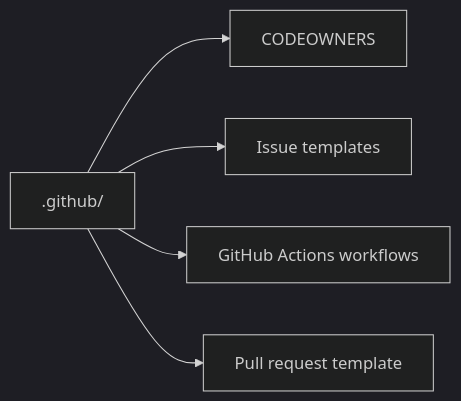
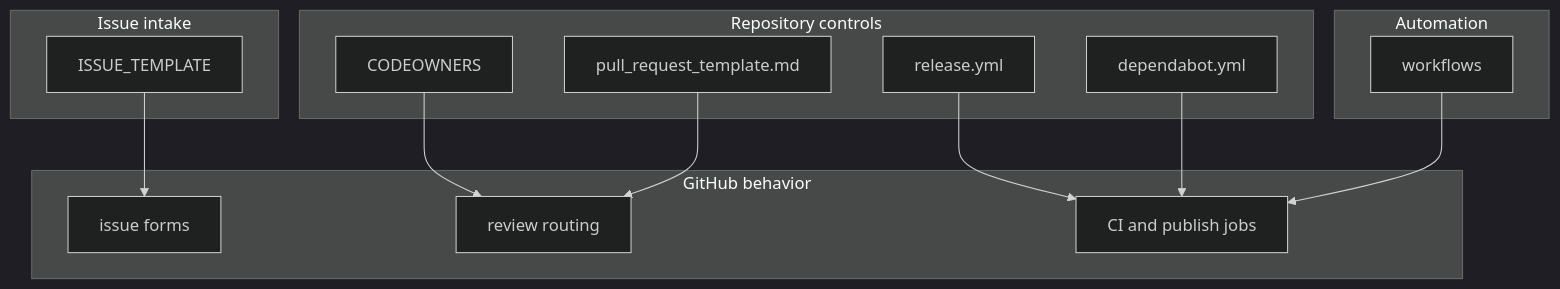
The diagram in .github/OVERVIEW.md (sanger-pathogens/dlh-in-a-box-umbrella-helm-chart), drawn with Mermaid (dark theme) before and after one commit. The commit also changed other lines of this file and 34 other files, not shown here.

Commit message:
docs: expand repo guides and add umbrella chart manual

````diff
--- a/.github/OVERVIEW.md
+++ b/.github/OVERVIEW.md
@@ -7,7 +16,30 @@
 ```mermaid
-flowchart LR
-  GitHubFolder[.github/] --> Owners[CODEOWNERS]
-  GitHubFolder --> Issues[Issue templates]
-  GitHubFolder --> Workflows[GitHub Actions workflows]
-  GitHubFolder --> PRTemplate[Pull request template]
+flowchart TD
+  subgraph Controls["Repository controls"]
+    Owners[CODEOWNERS]
+    PullRequest[pull_request_template.md]
+    Release[release.yml]
+    Dependabot[dependabot.yml]
+  end
+
+  subgraph Intake["Issue intake"]
+    IssueTemplates[ISSUE_TEMPLATE]
+  end
+
+  subgraph Automation["Automation"]
+    Workflows[workflows]
+  end
+
+  subgraph Outcome["GitHub behavior"]
+    Reviews[review routing]
+    Issues[issue forms]
+    Checks[CI and publish jobs]
+  end
+
+  Owners --> Reviews
+  PullRequest --> Reviews
+  IssueTemplates --> Issues
+  Workflows --> Checks
+  Release --> Checks
+  Dependabot --> Checks
 ```
````
